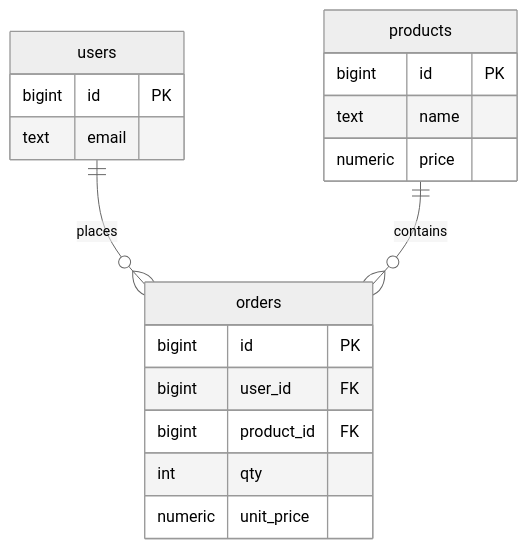
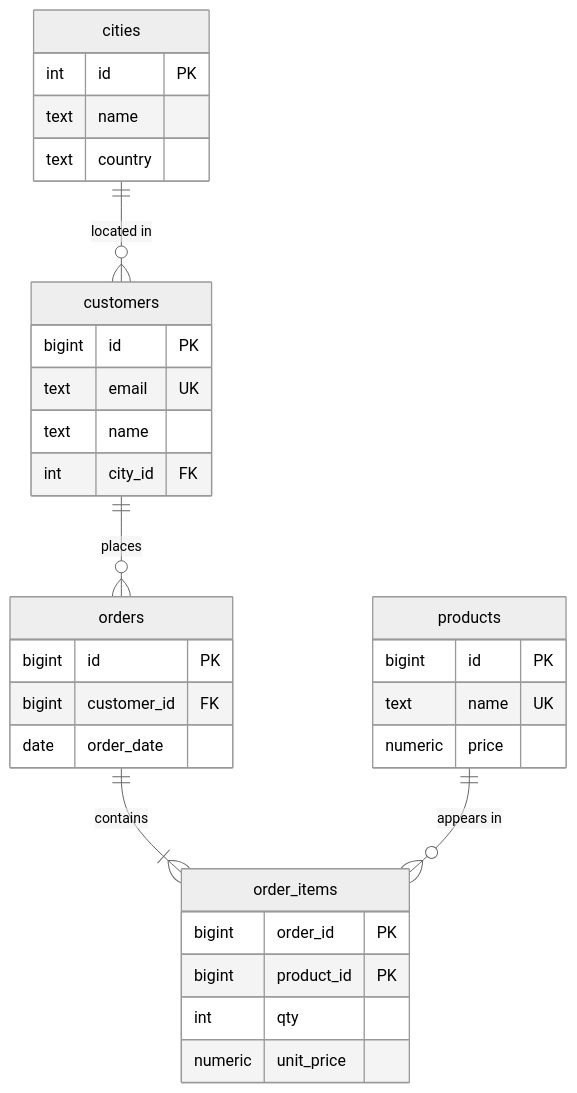
One commit to wesamkhateeb98-creator/postgresql-zero-to-hero changed the fourth of 5 diagrams in Doc/03-data-modeling/03-normalization.md. Above: the diagram before and after it, drawn with Mermaid (neutral theme). The commit also changed other lines of this file, not shown here.

````diff
--- a/Doc/03-data-modeling/03-normalization.md
+++ b/Doc/03-data-modeling/03-normalization.md
@@ -26,21 +131,34 @@
 ```mermaid
 erDiagram
-    users ||--o{ orders : places
-    products ||--o{ orders : contains
-    users {
+    cities ||--o{ customers : "located in"
+    customers ||--o{ orders : places
+    orders ||--|{ order_items : contains
+    products ||--o{ order_items : "appears in"
+    cities {
+        int id PK
+        text name
+        text country
+    }
+    customers {
         bigint id PK
-        text email
+        text email UK
+        text name
+        int city_id FK
+    }
+    orders {
+        bigint id PK
+        bigint customer_id FK
+        date order_date
     }
     products {
         bigint id PK
-        text name
+        text name UK
         numeric price
     }
-    orders {
-        bigint id PK
-        bigint user_id FK
-        bigint product_id FK
+    order_items {
+        bigint order_id PK
+        bigint product_id PK
         int qty
         numeric unit_price
     }
 ```
````
